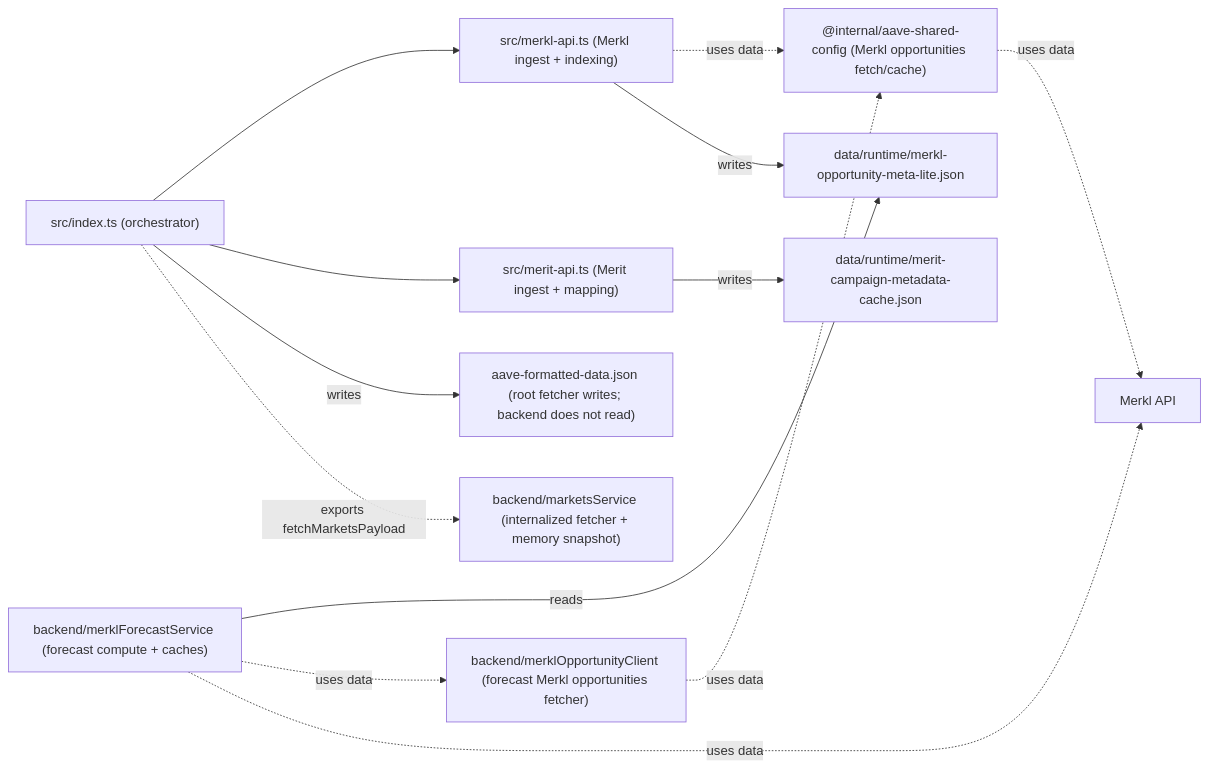
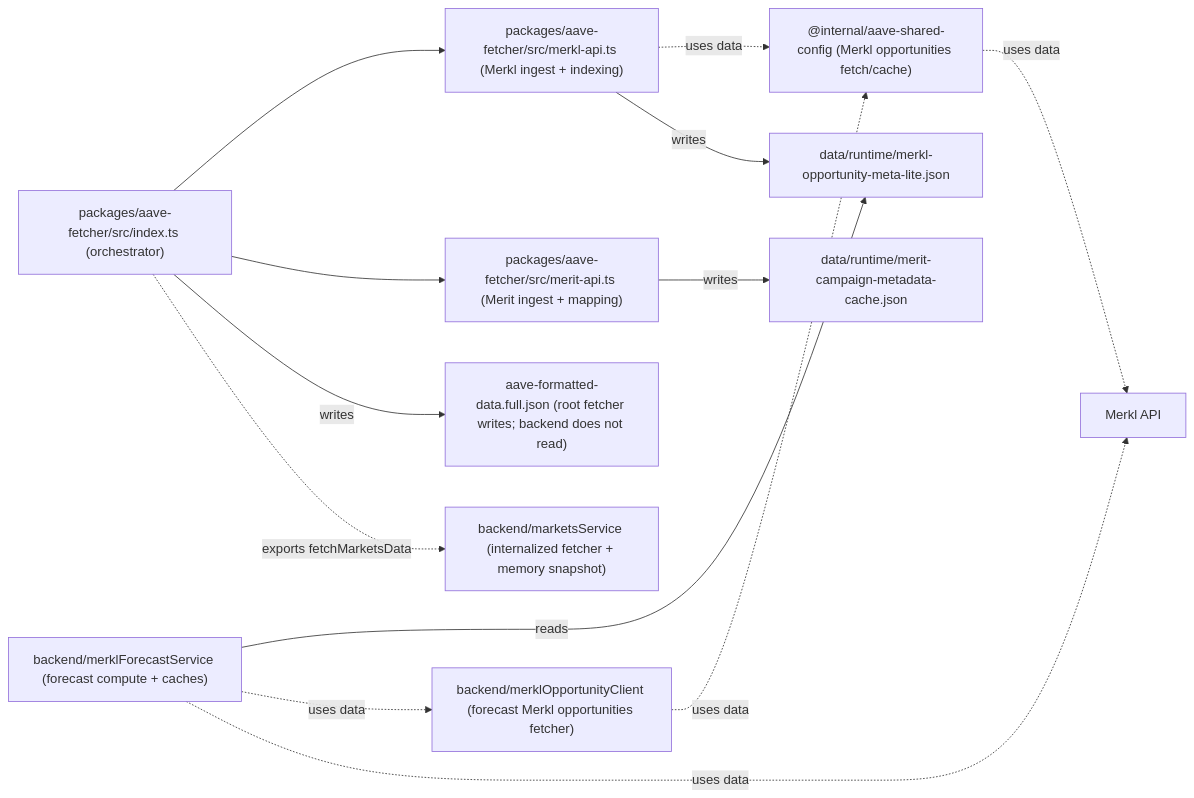
Before and after one commit to 0xPabloLI/aave-protocol-analysis: the first of 5 diagrams in docs/merkl-merit-cache-architecture.md, drawn with Mermaid. The commit also changed other lines of this file and 352 other files, not shown here.

````diff
--- a/docs/merkl-merit-cache-architecture.md
+++ b/docs/merkl-merit-cache-architecture.md
@@ -19,28 +30,28 @@
 ```mermaid
 flowchart LR
-  IDX["src/index.ts (orchestrator)"]
-  MERKL["src/merkl-api.ts (Merkl ingest + indexing)"]
-  MERIT["src/merit-api.ts (Merit ingest + mapping)"]
+  IDX["packages/aave-fetcher/src/index.ts (orchestrator)"]
+  MERKL["packages/aave-fetcher/src/merkl-api.ts (Merkl ingest + indexing)"]
+  MERIT["packages/aave-fetcher/src/merit-api.ts (Merit ingest + mapping)"]
   SHARED["@internal/aave-shared-config (Merkl opportunities fetch/cache)"]
   MKS["backend/marketsService (internalized fetcher + memory snapshot)"]
   FCS["backend/merklForecastService (forecast compute + caches)"]
   MOC["backend/merklOpportunityClient (forecast Merkl opportunities fetcher)"]
   MKLITE["data/runtime/merkl-opportunity-meta-lite.json"]
-  MARKETS["aave-formatted-data.json (root fetcher writes; backend does not read)"]
+  MARKETS["aave-formatted-data.full.json (root fetcher writes; backend does not read)"]
   TIMER["data/runtime/merit-campaign-metadata-cache.json"]
   MERKLAPI["Merkl API"]
 
   IDX --> MERKL
   IDX --> MERIT
   MERKL -. "uses data" .-> SHARED
   SHARED -. "uses data" .-> MERKLAPI
   MERKL -- "writes" --> MKLITE
-  IDX -- "writes" --> MARKETS
+   IDX -- "writes" --> MARKETS
   MERIT -- "writes" --> TIMER
 
-  IDX -. "exports fetchMarketsPayload" .-> MKS
+  IDX -. "exports fetchMarketsData" .-> MKS
   FCS -- "reads" --> MKLITE
   FCS -. "uses data" .-> MOC
   MOC -. "uses data" .-> SHARED
   FCS -. "uses data" .-> MERKLAPI
 ```
````
